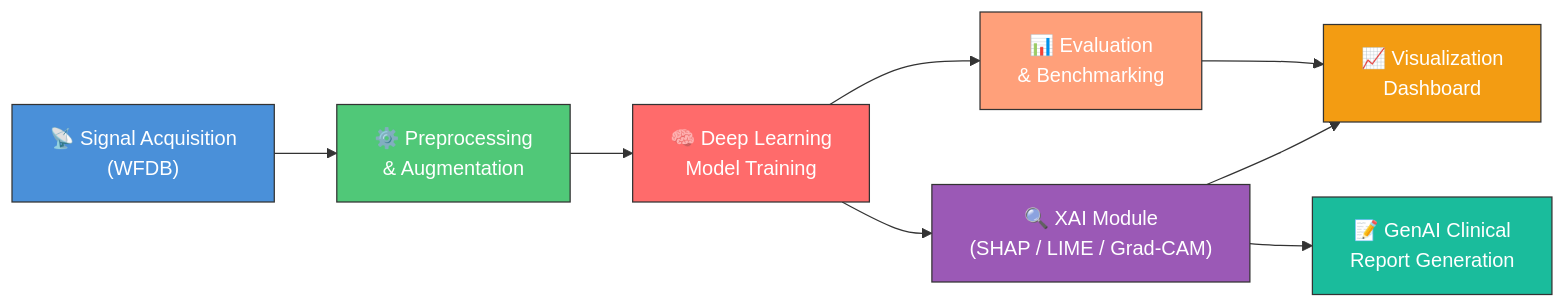
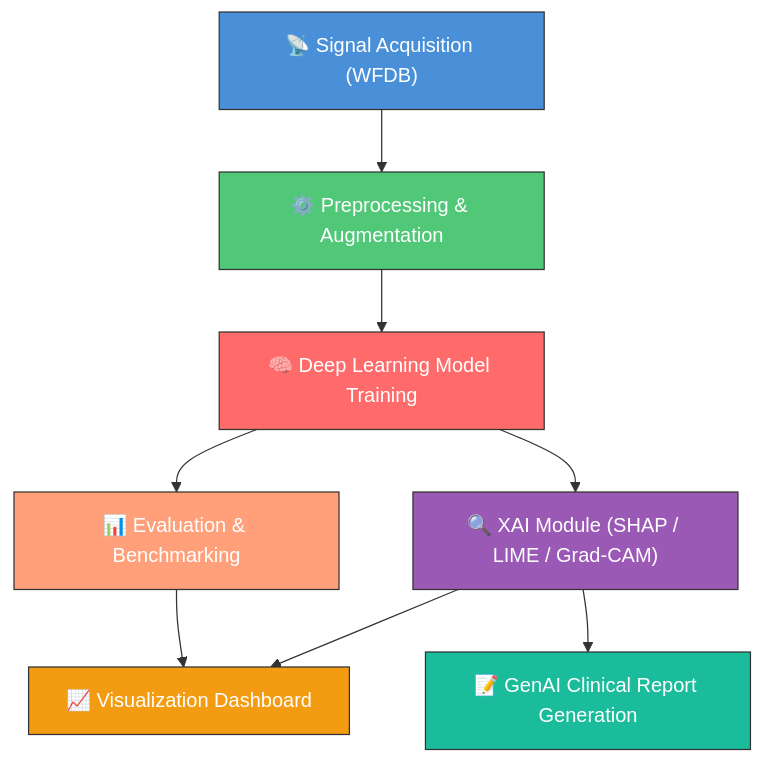
Before and after one commit to rajeshkumar-cse/MTech-Project: the diagram in README.md, drawn with Mermaid.

Commit message:
Fix architecture diagram layout

````diff
--- a/README.md
+++ b/README.md
@@ -28,18 +28,18 @@
 ```mermaid
-flowchart LR
-    A["📡 Signal Acquisition\n(WFDB)"] --> B["⚙️ Preprocessing\n& Augmentation"]
-    B --> C["🧠 Deep Learning\nModel Training"]
-    C --> D["📊 Evaluation\n& Benchmarking"]
-    C --> E["🔍 XAI Module\n(SHAP / LIME / Grad-CAM)"]
-    D --> F["📈 Visualization\nDashboard"]
+flowchart TD
+    A["📡 Signal Acquisition (WFDB)"] --> B["⚙️ Preprocessing & Augmentation"]
+    B --> C["🧠 Deep Learning Model Training"]
+    C --> D["📊 Evaluation & Benchmarking"]
+    C --> E["🔍 XAI Module (SHAP / LIME / Grad-CAM)"]
+    D --> F["📈 Visualization Dashboard"]
     E --> F
-    E --> G["📝 GenAI Clinical\nReport Generation"]
+    E --> G["📝 GenAI Clinical Report Generation"]
 
     style A fill:#4a90d9,stroke:#333,color:#fff
     style B fill:#50c878,stroke:#333,color:#fff
     style C fill:#ff6b6b,stroke:#333,color:#fff
     style D fill:#ffa07a,stroke:#333,color:#fff
     style E fill:#9b59b6,stroke:#333,color:#fff
     style F fill:#f39c12,stroke:#333,color:#fff
     style G fill:#1abc9c,stroke:#333,color:#fff
 ```
````
